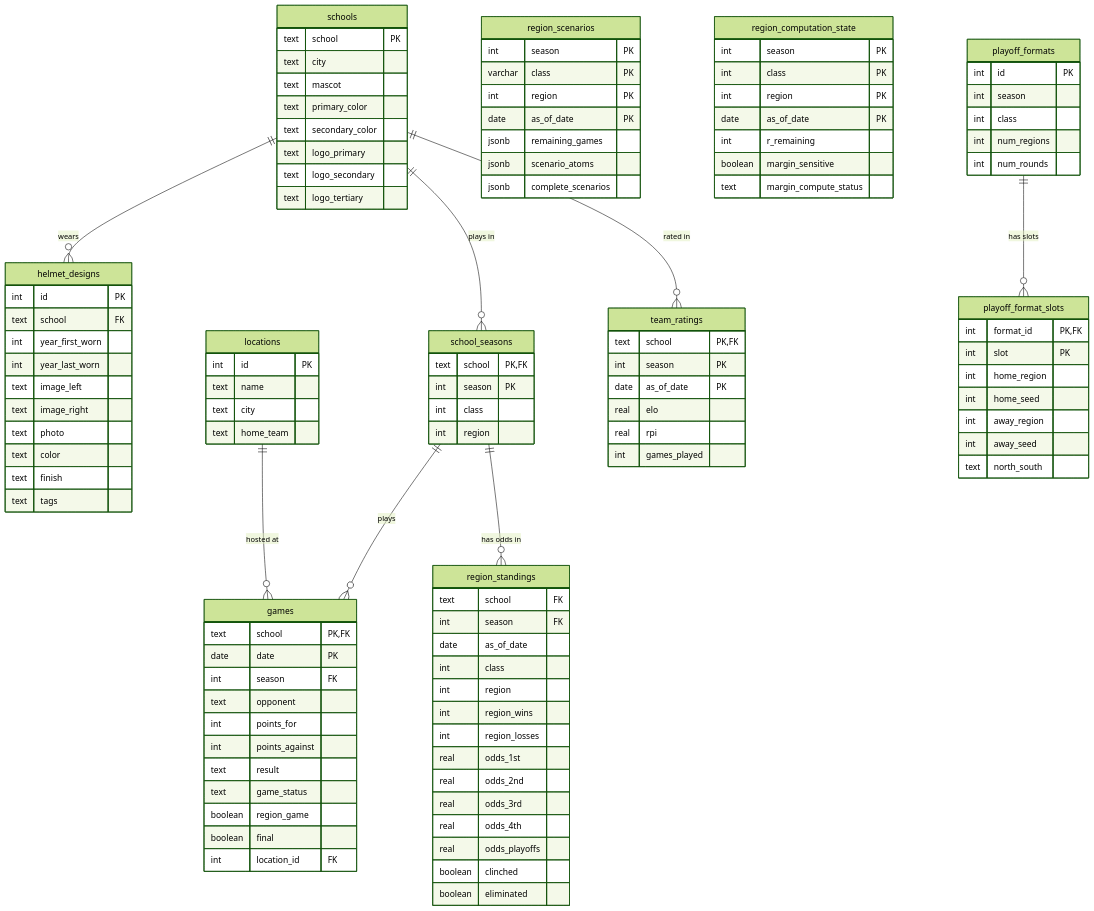
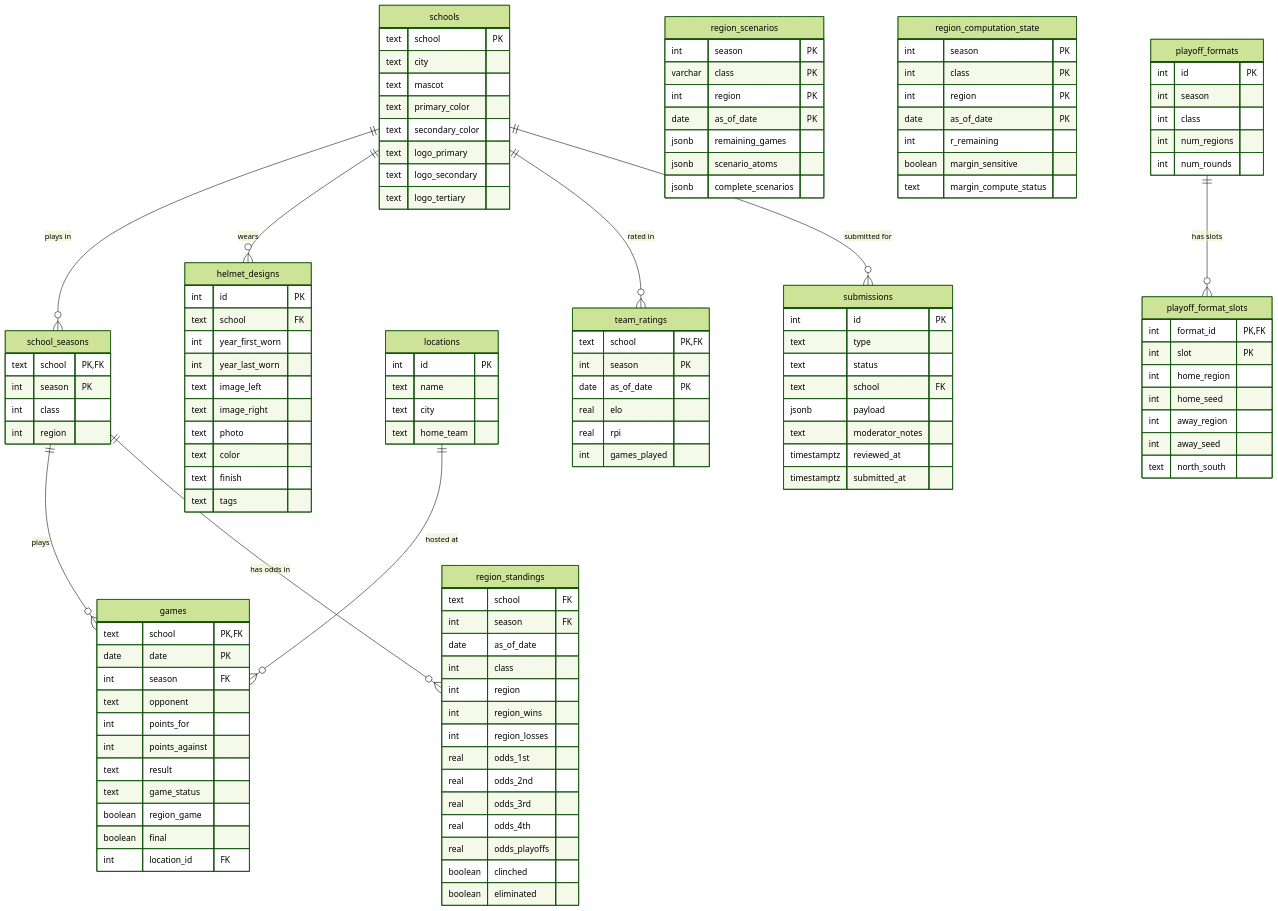
Before and after one commit to jps531/ms-hs-football-playoff-engine: the diagram in README.md, drawn with Mermaid (forest theme). The commit also changed other lines of this file, not shown here.

```diff
--- a/README.md
+++ b/README.md
@@ -140,9 +141,21 @@
         text north_south
     }
 
+    submissions {
+        int id PK
+        text type
+        text status
+        text school FK
+        jsonb payload
+        text moderator_notes
+        timestamptz reviewed_at
+        timestamptz submitted_at
+    }
+
     schools ||--o{ school_seasons : "plays in"
     schools ||--o{ helmet_designs : "wears"
     schools ||--o{ team_ratings : "rated in"
+    schools ||--o{ submissions : "submitted for"
     school_seasons ||--o{ games : "plays"
     school_seasons ||--o{ region_standings : "has odds in"
     locations ||--o{ games : "hosted at"
```
